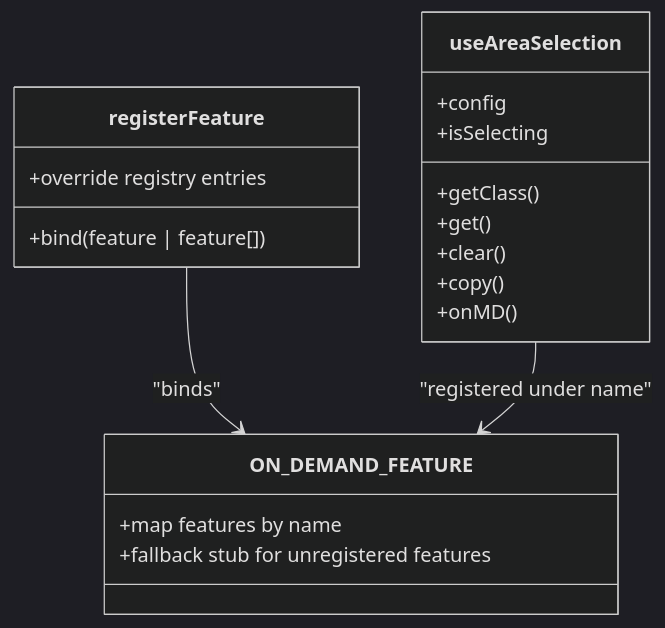
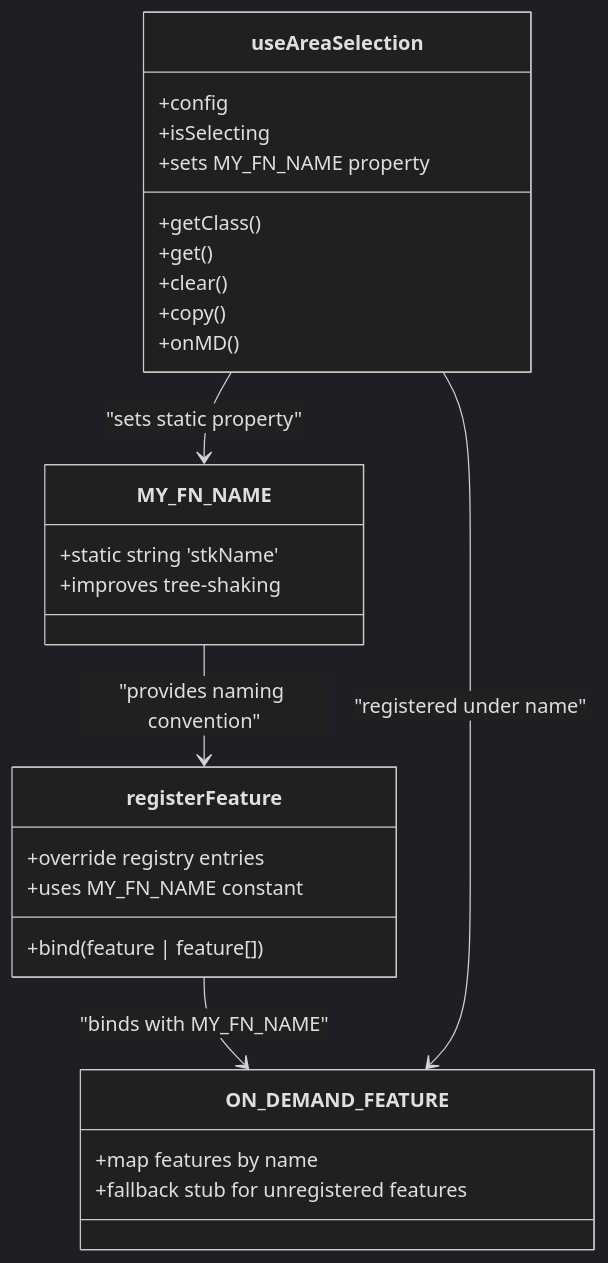
Before and after one commit to ja-plus/stk-table-vue: the third of 6 diagrams in .qoder/repowiki/en/content/Core Concepts/On-Demand Feature Registration.md, drawn with Mermaid (dark theme). The commit also changed other lines of this file and 2 other files, not shown here.

````diff
--- a/.qoder/repowiki/en/content/Core Concepts/On-Demand Feature Registration.md
+++ b/.qoder/repowiki/en/content/Core Concepts/On-Demand Feature Registration.md
@@ -122,22 +146,30 @@
 ```mermaid
 classDiagram
 class ON_DEMAND_FEATURE {
 +map features by name
 +fallback stub for unregistered features
 }
 class registerFeature {
 +bind(feature | feature[])
 +override registry entries
++uses MY_FN_NAME constant
+}
+class MY_FN_NAME {
++static string 'stkName'
++improves tree-shaking
 }
 class useAreaSelection {
 +config
 +isSelecting
 +getClass()
 +get()
 +clear()
 +copy()
 +onMD()
++sets MY_FN_NAME property
 }
-registerFeature --> ON_DEMAND_FEATURE : "binds"
+registerFeature --> ON_DEMAND_FEATURE : "binds with MY_FN_NAME"
+MY_FN_NAME --> registerFeature : "provides naming convention"
+useAreaSelection --> MY_FN_NAME : "sets static property"
 useAreaSelection --> ON_DEMAND_FEATURE : "registered under name"
 ```
````
